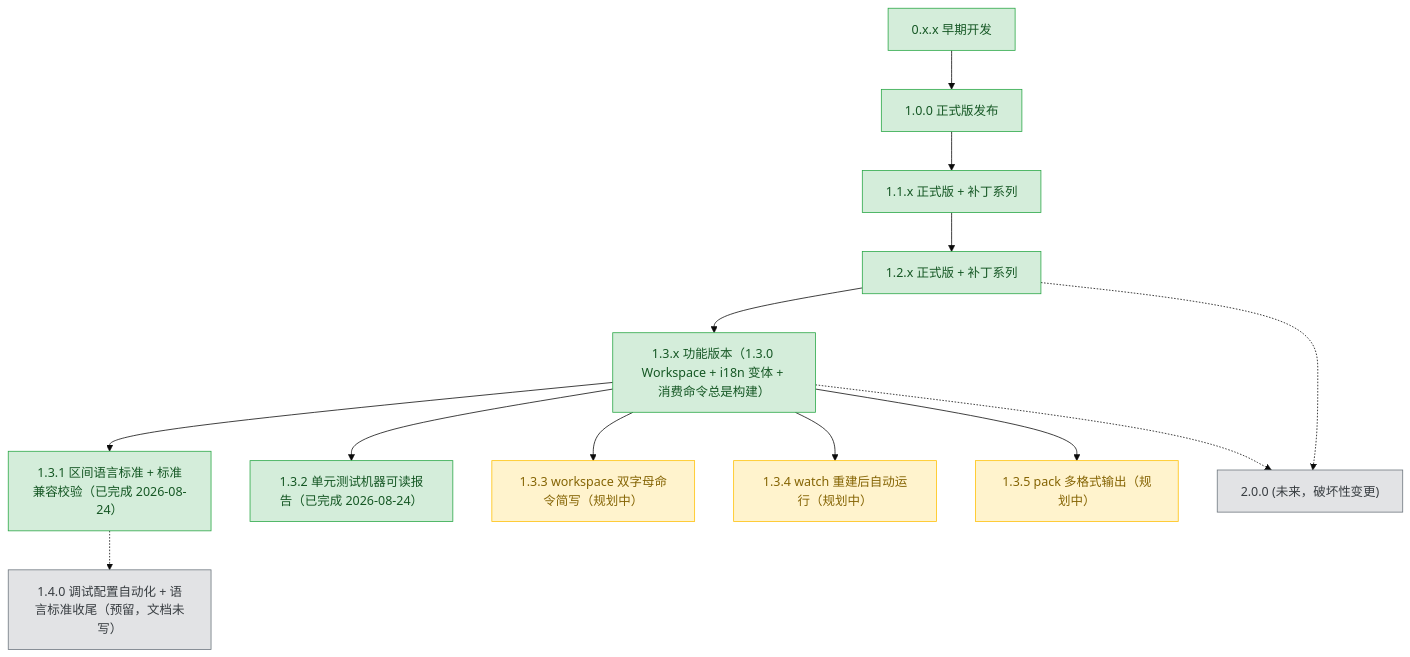
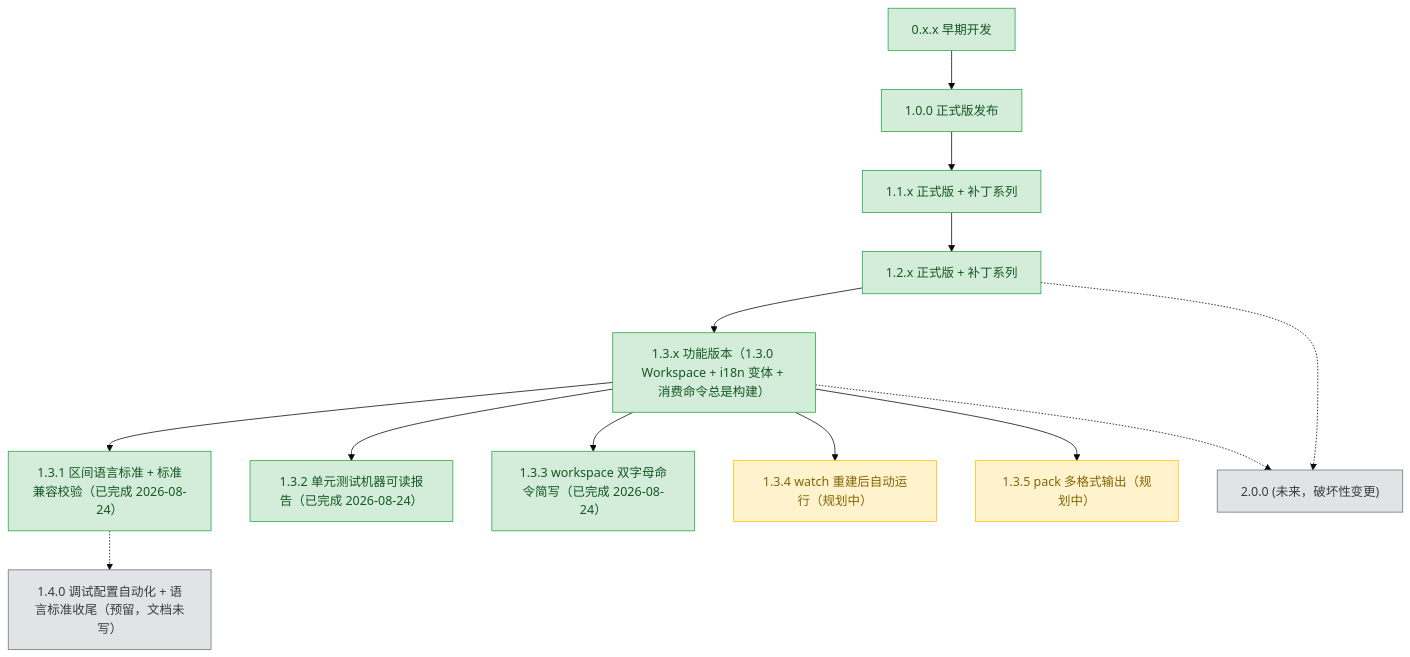
The diagram in plans/README.md (3667808244/EazyMake), drawn with Mermaid (base theme) before and after one commit. The commit also changed other lines of this file and 2 other files, not shown here.

````diff
--- a/plans/README.md
+++ b/plans/README.md
@@ -64,44 +63,44 @@
 ```mermaid
 graph TD
     v0xx["0.x.x 早期开发"]
     v100["1.0.0 正式版发布"]
     v11x["1.1.x 正式版 + 补丁系列"]
     v12x["1.2.x 正式版 + 补丁系列"]
     v13x["1.3.x 功能版本（1.3.0 Workspace + i18n 变体 + 消费命令总是构建）"]
     v131["1.3.1 区间语言标准 + 标准兼容校验（已完成 2026-08-24）"]
     v132["1.3.2 单元测试机器可读报告（已完成 2026-08-24）"]
-    v133["1.3.3 workspace 双字母命令简写（规划中）"]
+    v133["1.3.3 workspace 双字母命令简写（已完成 2026-08-24）"]
     v134["1.3.4 watch 重建后自动运行（规划中）"]
     v135["1.3.5 pack 多格式输出（规划中）"]
     v140["1.4.0 调试配置自动化 + 语言标准收尾（预留，文档未写）"]
     v200["2.0.0 (未来，破坏性变更)"]
 
     v0xx --> v100
     v100 --> v11x
     v11x --> v12x
     v12x --> v13x
     v13x --> v131
     v13x --> v132
     v13x --> v133
     v13x --> v134
     v13x --> v135
     v131 -.-> v140
     v12x -.-> v200
     v13x -.-> v200
 
     classDef done fill:#d4edda,stroke:#28a745,color:#155724;
     classDef active fill:#fff3cd,stroke:#ffc107,color:#856404;
     classDef todo fill:#e2e3e5,stroke:#6c757d,color:#383d41;
 
     class v0xx,v100 done;
     class v11x done;
     class v12x done;
     class v13x done;
     class v131 done;
     class v132 done;
-    class v133 active;
+    class v133 done;
     class v134 active;
     class v135 active;
     class v140 todo;
     class v200 todo;
 ```
````
